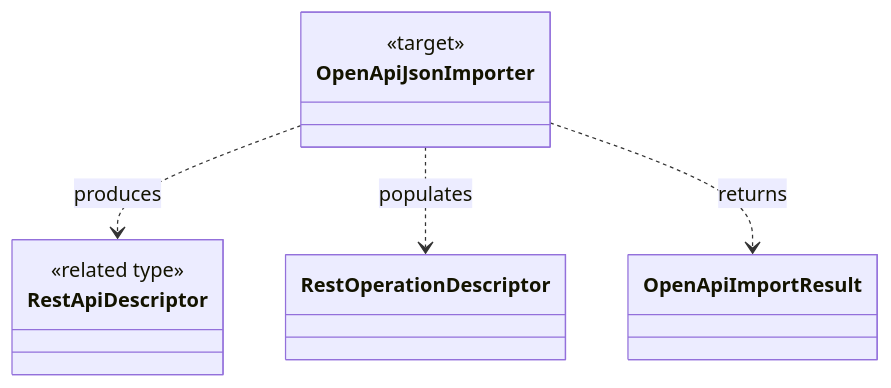
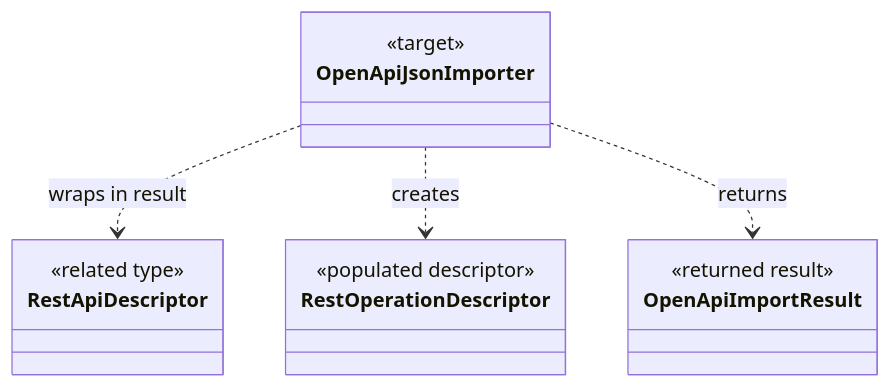
The diagram in docs/UML/OpenApiJsonImporter.UML.md (TrentBest/TheSingularityWorkshop.FSM_REST), drawn with Mermaid before and after one commit.

Commit message:
docs: make importer UML relationships explicit

````diff
--- a/docs/UML/OpenApiJsonImporter.UML.md
+++ b/docs/UML/OpenApiJsonImporter.UML.md
@@ -13,13 +13,19 @@
 ```mermaid
 classDiagram
     direction TB
     class OpenApiJsonImporter {
       <<target>>
     }
     class RestApiDescriptor {
       <<related type>>
     }
-    OpenApiJsonImporter ..> RestApiDescriptor : produces
-    OpenApiJsonImporter ..> RestOperationDescriptor : populates
+    class RestOperationDescriptor {
+      <<populated descriptor>>
+    }
+    class OpenApiImportResult {
+      <<returned result>>
+    }
+    OpenApiJsonImporter ..> RestApiDescriptor : wraps in result
+    OpenApiJsonImporter ..> RestOperationDescriptor : creates
     OpenApiJsonImporter ..> OpenApiImportResult : returns
 ```
````
